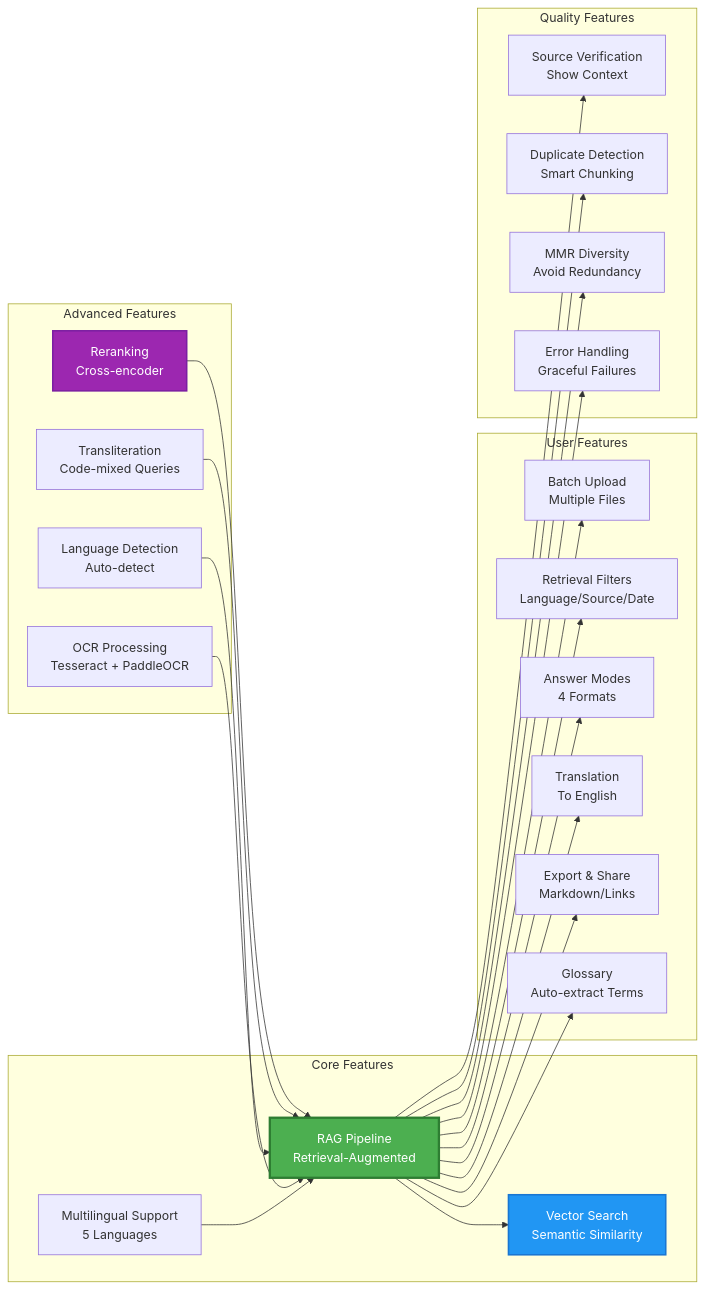
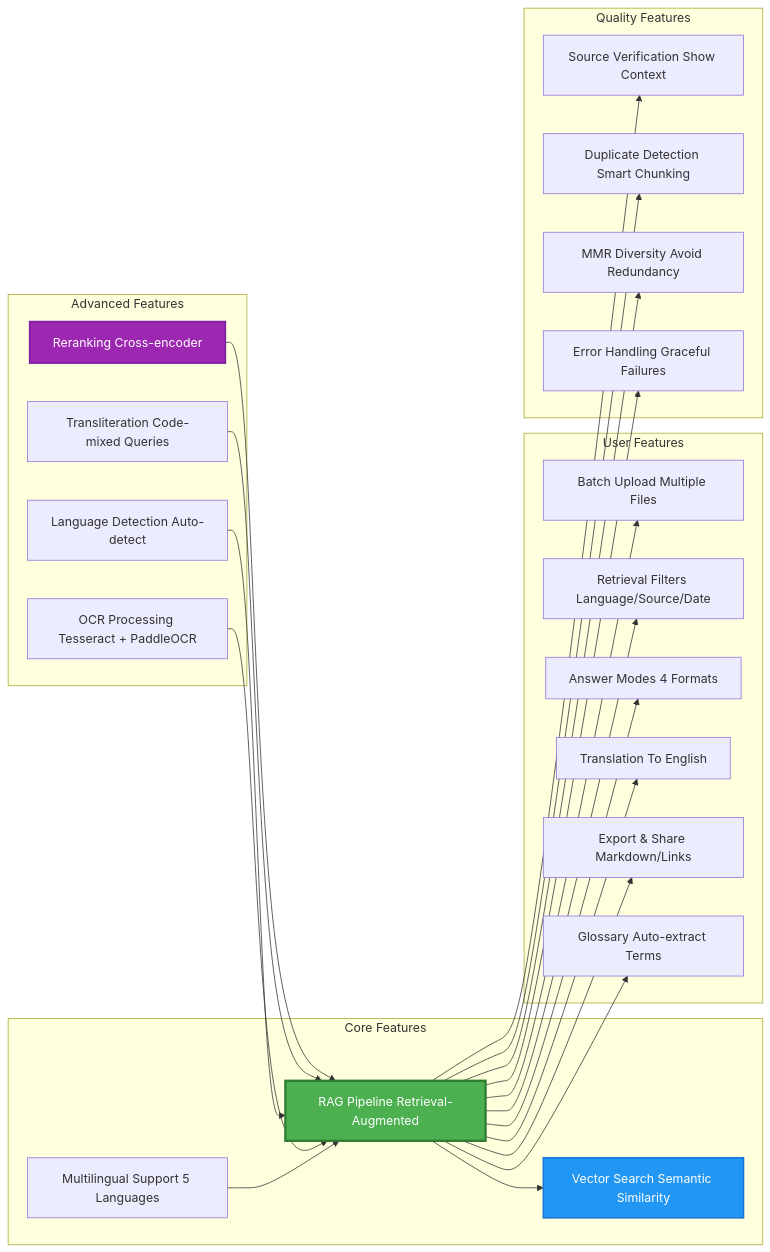
Before and after one commit to siv3sh/Client_Nisha_Ma-am: the fourth of 6 diagrams in ARCHITECTURE.md, drawn with Mermaid. The commit also changed other lines of this file and 1 other file, not shown here.

Commit message:
Fix Mermaid syntax errors - remove HTML tags and regenerate diagrams

````diff
--- a/ARCHITECTURE.md
+++ b/ARCHITECTURE.md
@@ -172,52 +172,52 @@
 ```mermaid
 graph LR
-    subgraph "Core Features"
-        A[Multilingual Support<br/>5 Languages]
-        B[RAG Pipeline<br/>Retrieval-Augmented]
-        C[Vector Search<br/>Semantic Similarity]
-    end
-    
-    subgraph "Advanced Features"
-        D[OCR Processing<br/>Tesseract + PaddleOCR]
-        E[Language Detection<br/>Auto-detect]
-        F[Transliteration<br/>Code-mixed Queries]
-        G[Reranking<br/>Cross-encoder]
-    end
-    
-    subgraph "User Features"
-        H[Batch Upload<br/>Multiple Files]
-        I[Retrieval Filters<br/>Language/Source/Date]
-        J[Answer Modes<br/>4 Formats]
-        K[Translation<br/>To English]
-        L[Export & Share<br/>Markdown/Links]
-        M[Glossary<br/>Auto-extract Terms]
-    end
-    
-    subgraph "Quality Features"
-        N[Source Verification<br/>Show Context]
-        O[Duplicate Detection<br/>Smart Chunking]
-        P[MMR Diversity<br/>Avoid Redundancy]
-        Q[Error Handling<br/>Graceful Failures]
-    end
-    
-    A --> B
-    B --> C
-    D --> B
-    E --> B
-    F --> B
-    G --> B
-    B --> H
-    B --> I
-    B --> J
-    B --> K
-    B --> L
-    B --> M
-    B --> N
-    B --> O
-    B --> P
-    B --> Q
-    
-    style B fill:#4CAF50,stroke:#2E7D32,stroke-width:3px,color:#fff
-    style C fill:#2196F3,stroke:#1976D2,stroke-width:2px,color:#fff
-    style G fill:#9C27B0,stroke:#7B1FA2,stroke-width:2px,color:#fff
+ subgraph "Core Features"
+ A[Multilingual Support 5 Languages]
+ B[RAG Pipeline Retrieval-Augmented]
+ C[Vector Search Semantic Similarity]
+ end
+
+ subgraph "Advanced Features"
+ D[OCR Processing Tesseract + PaddleOCR]
+ E[Language Detection Auto-detect]
+ F[Transliteration Code-mixed Queries]
+ G[Reranking Cross-encoder]
+ end
+
+ subgraph "User Features"
+ H[Batch Upload Multiple Files]
+ I[Retrieval Filters Language/Source/Date]
+ J[Answer Modes 4 Formats]
+ K[Translation To English]
+ L[Export & Share Markdown/Links]
+ M[Glossary Auto-extract Terms]
+ end
+
+ subgraph "Quality Features"
+ N[Source Verification Show Context]
+ O[Duplicate Detection Smart Chunking]
+ P[MMR Diversity Avoid Redundancy]
+ Q[Error Handling Graceful Failures]
+ end
+
+ A --> B
+ B --> C
+ D --> B
+ E --> B
+ F --> B
+ G --> B
+ B --> H
+ B --> I
+ B --> J
+ B --> K
+ B --> L
+ B --> M
+ B --> N
+ B --> O
+ B --> P
+ B --> Q
+
+ style B fill:#4CAF50,stroke:#2E7D32,stroke-width:3px,color:#fff
+ style C fill:#2196F3,stroke:#1976D2,stroke-width:2px,color:#fff
+ style G fill:#9C27B0,stroke:#7B1FA2,stroke-width:2px,color:#fff
 ```
````
